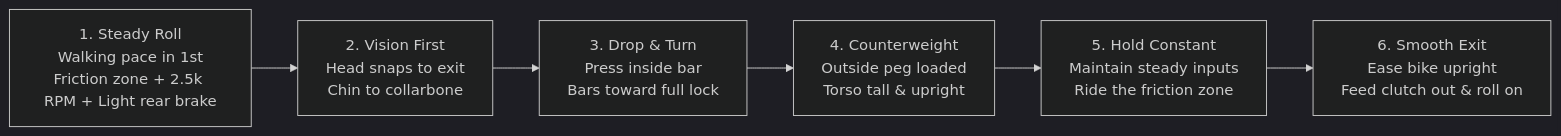
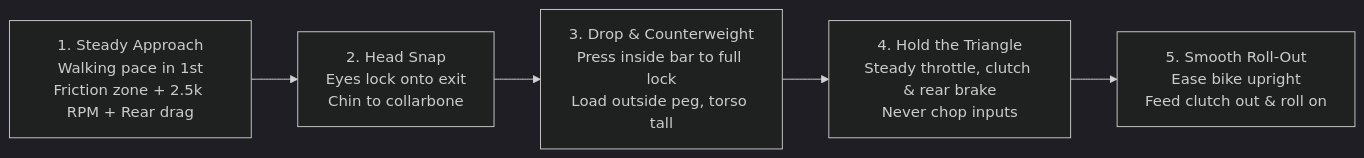
The diagram in README.md (ikonstas70/control), drawn with Mermaid (dark theme) before and after one commit. The commit also changed other lines of this file and 2 other files, not shown here.

````diff
--- a/README.md
+++ b/README.md
@@ -59,8 +68,7 @@
 ```mermaid
 graph LR
-    A["1. Steady Roll<br/>Walking pace in 1st<br/>Friction zone + 2.5k RPM + Light rear brake"] --> B["2. Vision First<br/>Head snaps to exit<br/>Chin to collarbone"]
-    B --> C["3. Drop & Turn<br/>Press inside bar<br/>Bars toward full lock"]
-    C --> D["4. Counterweight<br/>Outside peg loaded<br/>Torso tall & upright"]
-    D --> E["5. Hold Constant<br/>Maintain steady inputs<br/>Ride the friction zone"]
-    E --> F["6. Smooth Exit<br/>Ease bike upright<br/>Feed clutch out & roll on"]
+    A["1. Steady Approach<br/>Walking pace in 1st<br/>Friction zone + 2.5k RPM + Rear drag"] --> B["2. Head Snap<br/>Eyes lock onto exit<br/>Chin to collarbone"]
+    B --> C["3. Drop & Counterweight<br/>Press inside bar to full lock<br/>Load outside peg, torso tall"]
+    C --> D["4. Hold the Triangle<br/>Steady throttle, clutch & rear brake<br/>Never chop inputs"]
+    D --> E["5. Smooth Roll-Out<br/>Ease bike upright<br/>Feed clutch out & roll on"]
 ```
````
